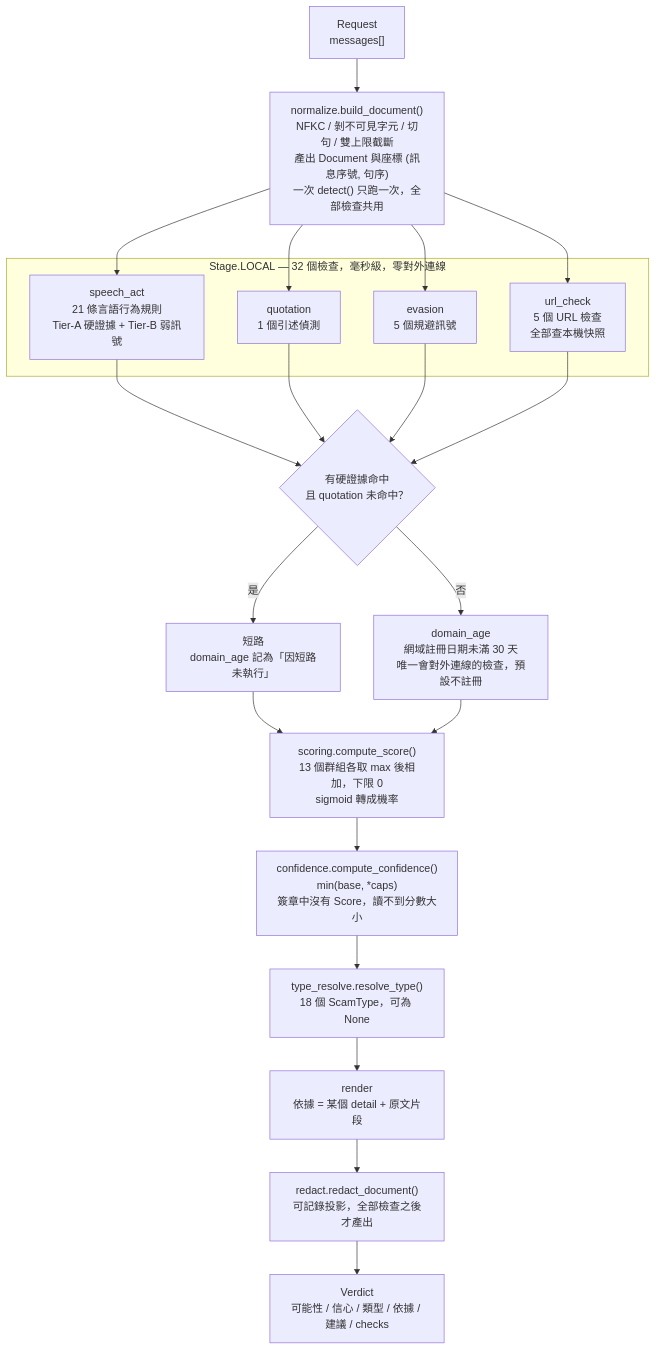
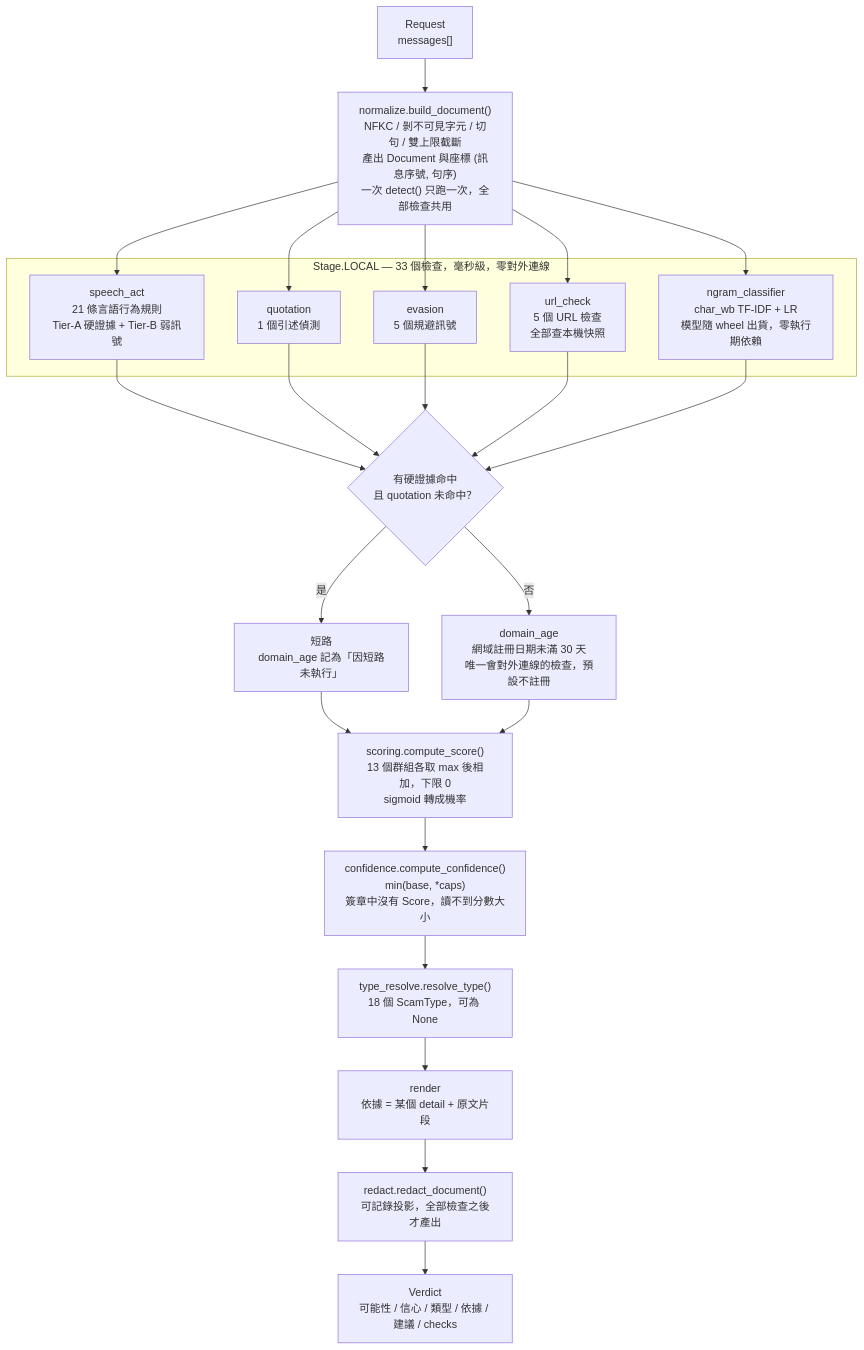
The first of 2 diagrams in README.md (Mikaelaaaaa/scam-guard), drawn with Mermaid before and after one commit. The commit also changed other lines of this file and 16 other files, not shown here.

Commit message:
feat(calibration): add measured ngram classifier

````diff
--- a/README.md
+++ b/README.md
@@ -94,36 +96,39 @@
 ```mermaid
 flowchart TD
     REQ["Request<br/>messages[]"] --> NORM
 
     NORM["normalize.build_document()<br/>NFKC / 剝不可見字元 / 切句 / 雙上限截斷<br/>產出 Document 與座標 (訊息序號, 句序)<br/>一次 detect() 只跑一次，全部檢查共用"]
 
     NORM --> L1["speech_act<br/>21 條言語行為規則<br/>Tier-A 硬證據 + Tier-B 弱訊號"]
     NORM --> L2["quotation<br/>1 個引述偵測"]
     NORM --> L3["evasion<br/>5 個規避訊號"]
     NORM --> L4["url_check<br/>5 個 URL 檢查<br/>全部查本機快照"]
+    NORM --> L5["ngram_classifier<br/>char_wb TF-IDF + LR<br/>模型隨 wheel 出貨，零執行期依賴"]
 
     L1 --> SC{"有硬證據命中<br/>且 quotation 未命中？"}
     L2 --> SC
     L3 --> SC
     L4 --> SC
+    L5 --> SC
 
     SC -->|"是"| SKIP["短路<br/>domain_age 記為「因短路未執行」"]
     SC -->|"否"| DA["domain_age<br/>網域註冊日期未滿 30 天<br/>唯一會對外連線的檢查，預設不註冊"]
 
     SKIP --> SCORE
     DA --> SCORE
 
     SCORE["scoring.compute_score()<br/>13 個群組各取 max 後相加，下限 0<br/>sigmoid 轉成機率"]
     SCORE --> CONF["confidence.compute_confidence()<br/>min(base, *caps)<br/>簽章中沒有 Score，讀不到分數大小"]
     CONF --> TYPE["type_resolve.resolve_type()<br/>18 個 ScamType，可為 None"]
     TYPE --> REND["render<br/>依據 = 某個 detail + 原文片段"]
     REND --> RED["redact.redact_document()<br/>可記錄投影，全部檢查之後才產出"]
     RED --> V["Verdict<br/>可能性 / 信心 / 類型 / 依據 / 建議 / checks"]
 
-    subgraph LOCAL["Stage.LOCAL — 32 個檢查，毫秒級，零對外連線"]
+    subgraph LOCAL["Stage.LOCAL — 33 個檢查，毫秒級，零對外連線"]
         L1
         L2
         L3
         L4
+        L5
     end
 ```
````
